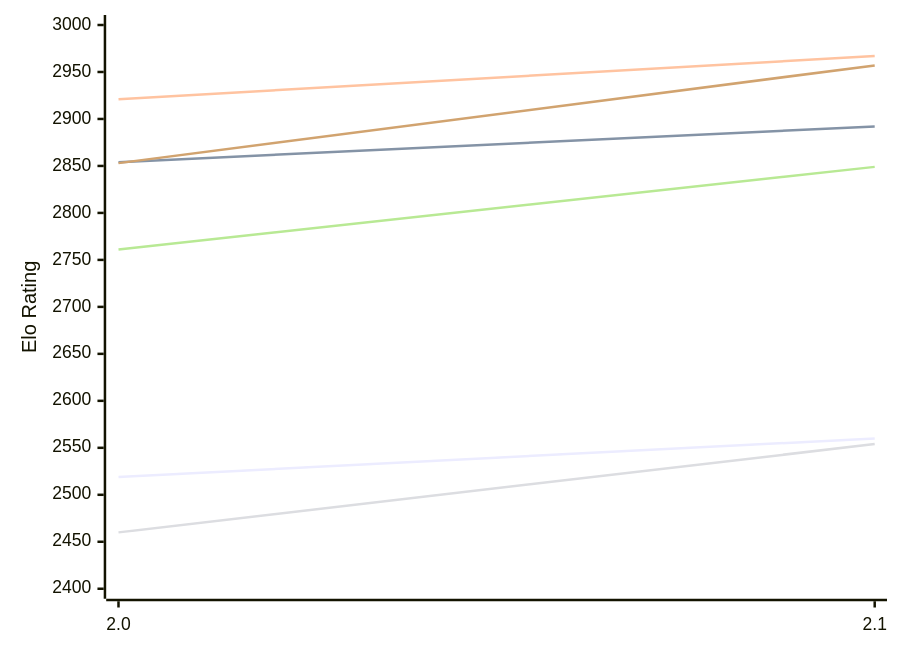
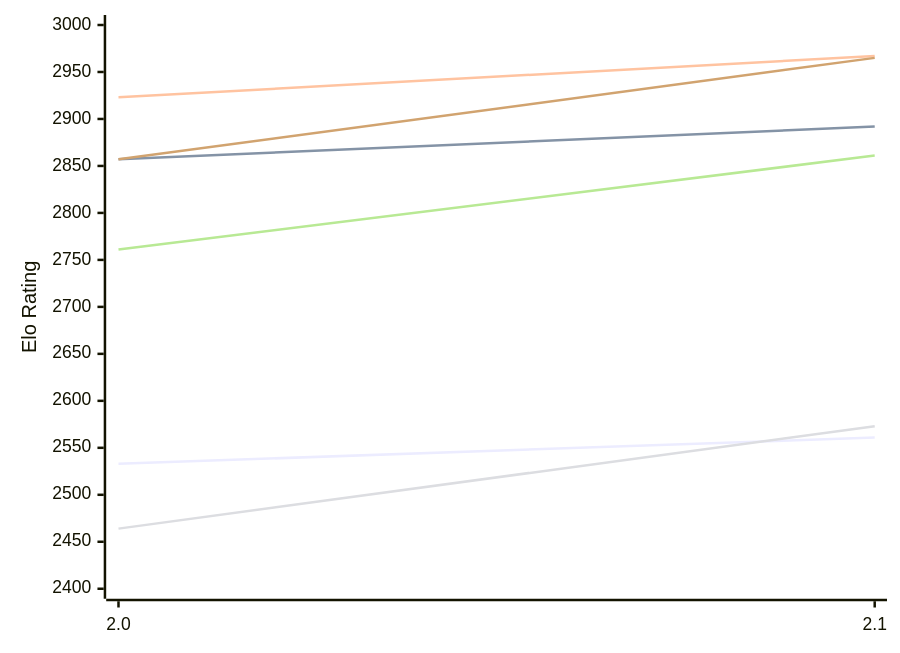
Before and after one commit to computer-chess-index/cci: the first of 2 diagrams in engines/Noggin.md, drawn with Mermaid. The commit also changed other lines of this file, not shown here.

Commit message:
Update CCI Ratings (ELO VLTC) - 2026-11-24

````diff
--- a/engines/Noggin.md
+++ b/engines/Noggin.md
@@ -50,12 +50,12 @@
 ```mermaid
 %%{init: {"theme":"base","themeVariables":{"seriesColors:['#a3a3a3','#222221','#faa371']}}}%%
 xychart-beta
   x-axis ["2.0", "2.1"]
   y-axis "Elo Rating" 2400 --> 3000
-  line "E1: STC (8.0+0.08s)" [2519, 2560]
-  line "E1: LTC (60.0+0.60s)" [2854, 2892]
-  line "E1: VLTC (2m24s+1.12s)" [2921, 2967]
-  line "P1: STC (8.0+0.08s)" [2460, 2554]
-  line "P1: LTC (60.0+0.60s)" [2761, 2849]
-  line "P1: VLTC (2m24s+1.12s)" [2853, 2957]
+  line "E1: STC (8.0+0.08s)" [2533, 2561]
+  line "E1: LTC (60.0+0.60s)" [2857, 2892]
+  line "E1: VLTC (2m24s+1.12s)" [2923, 2967]
+  line "P1: STC (8.0+0.08s)" [2464, 2573]
+  line "P1: LTC (60.0+0.60s)" [2761, 2861]
+  line "P1: VLTC (2m24s+1.12s)" [2857, 2965]
 ```
````
